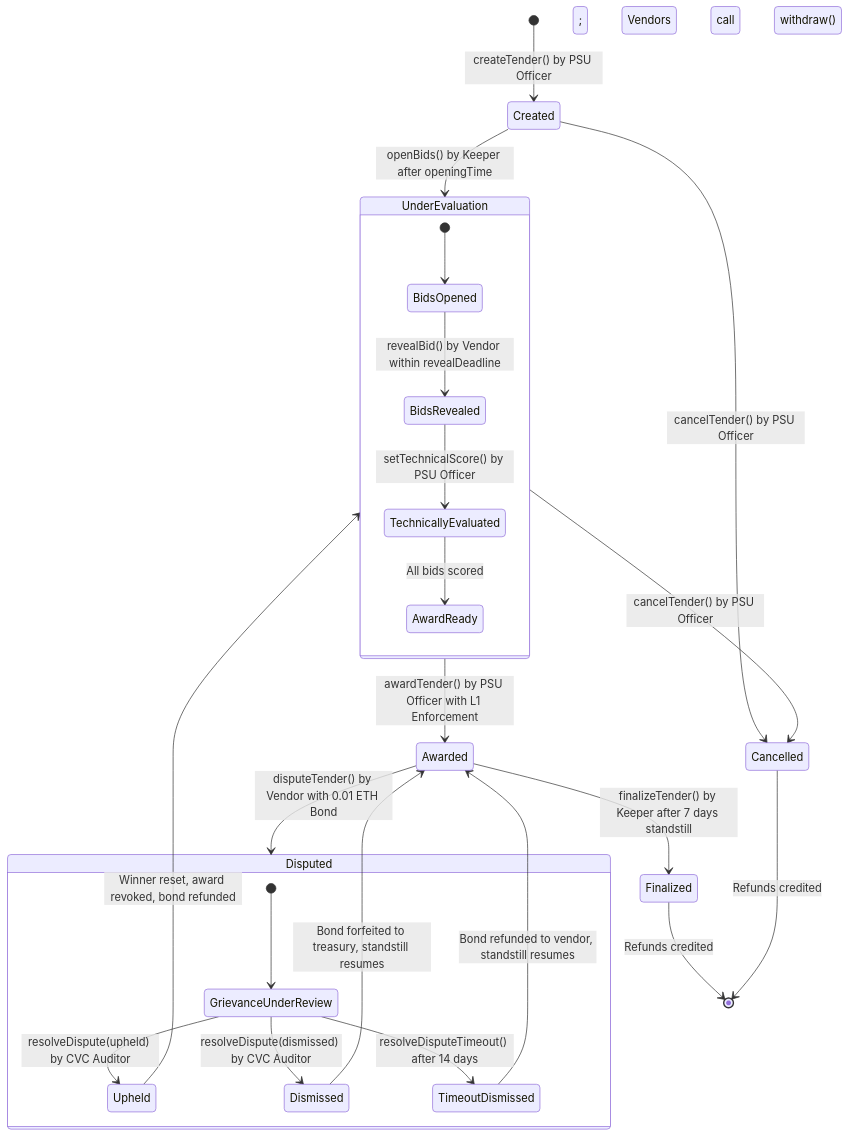
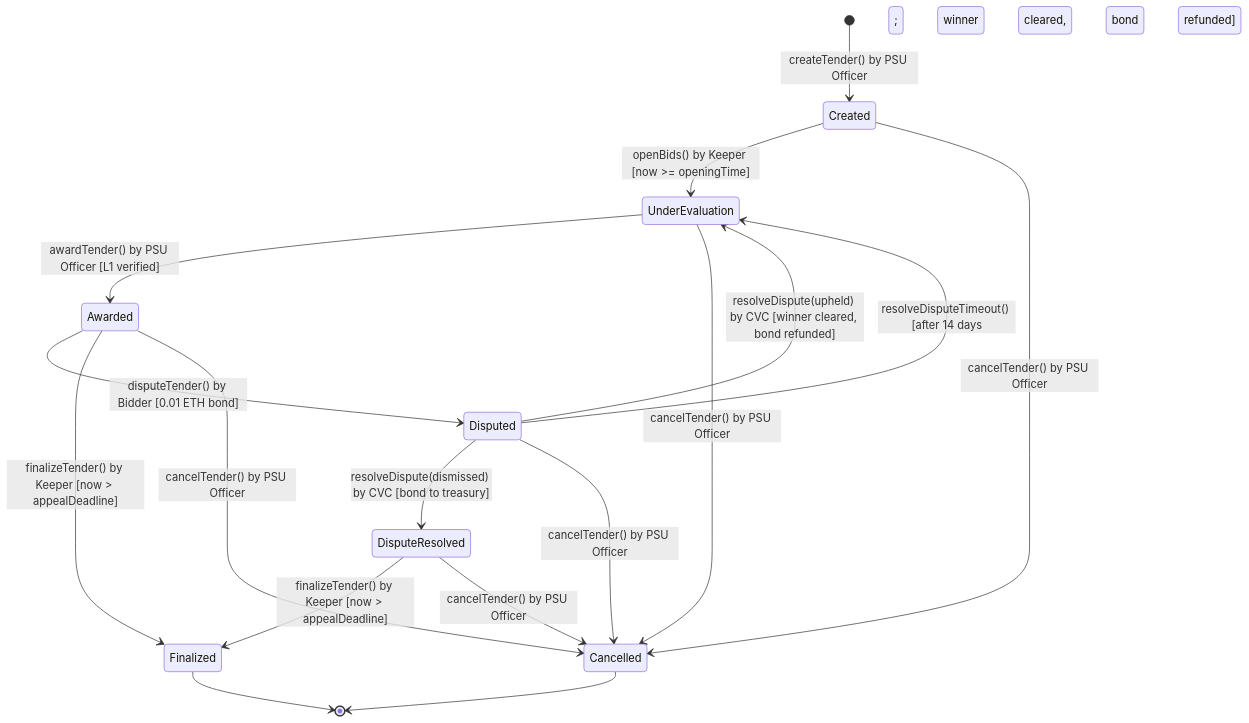
The diagram in docs/submission/diagrams/tender_state_machine.mmd (TharunRevinth/nirvaan), drawn with Mermaid before and after one commit. The commit also changed 9 other files, not shown here.

Commit message:
docs: revise course submission to 22-page report with two-pass TOC, scale-3 diagrams, verified screenshots, and measured gas

```diff
--- a/docs/submission/diagrams/tender_state_machine.mmd
+++ b/docs/submission/diagrams/tender_state_machine.mmd
@@ -1,32 +1,22 @@
 stateDiagram-v2
     [*] --> Created: createTender() by PSU Officer
-
-    Created --> UnderEvaluation: openBids() by Keeper after openingTime
+    Created --> UnderEvaluation: openBids() by Keeper [now >= openingTime]
     Created --> Cancelled: cancelTender() by PSU Officer
 
-    state UnderEvaluation {
-        [*] --> BidsOpened
-        BidsOpened --> BidsRevealed: revealBid() by Vendor within revealDeadline
-        BidsRevealed --> TechnicallyEvaluated: setTechnicalScore() by PSU Officer
-        TechnicallyEvaluated --> AwardReady: All bids scored
-    }
-
-    UnderEvaluation --> Awarded: awardTender() by PSU Officer with L1 Enforcement
+    UnderEvaluation --> Awarded: awardTender() by PSU Officer [L1 verified]
     UnderEvaluation --> Cancelled: cancelTender() by PSU Officer
 
-    Awarded --> Disputed: disputeTender() by Vendor with 0.01 ETH Bond
-    Awarded --> Finalized: finalizeTender() by Keeper after 7 days standstill
+    Awarded --> Disputed: disputeTender() by Bidder [0.01 ETH bond]
+    Awarded --> Finalized: finalizeTender() by Keeper [now > appealDeadline]
+    Awarded --> Cancelled: cancelTender() by PSU Officer
 
-    state Disputed {
-        [*] --> GrievanceUnderReview
-        GrievanceUnderReview --> Upheld: resolveDispute(upheld) by CVC Auditor
-        GrievanceUnderReview --> Dismissed: resolveDispute(dismissed) by CVC Auditor
-        GrievanceUnderReview --> TimeoutDismissed: resolveDisputeTimeout() after 14 days
-    }
+    Disputed --> DisputeResolved: resolveDispute(dismissed) by CVC [bond to treasury]
+    Disputed --> UnderEvaluation: resolveDispute(upheld) by CVC [winner cleared, bond refunded]
+    Disputed --> UnderEvaluation: resolveDisputeTimeout() [after 14 days; winner cleared, bond refunded]
+    Disputed --> Cancelled: cancelTender() by PSU Officer
 
-    Upheld --> UnderEvaluation: Winner reset, award revoked, bond refunded
-    Dismissed --> Awarded: Bond forfeited to treasury, standstill resumes
-    TimeoutDismissed --> Awarded: Bond refunded to vendor, standstill resumes
+    DisputeResolved --> Finalized: finalizeTender() by Keeper [now > appealDeadline]
+    DisputeResolved --> Cancelled: cancelTender() by PSU Officer
 
-    Finalized --> [*]: Refunds credited; Vendors call withdraw()
-    Cancelled --> [*]: Refunds credited; Vendors call withdraw()
+    Finalized --> [*]
+    Cancelled --> [*]
```
